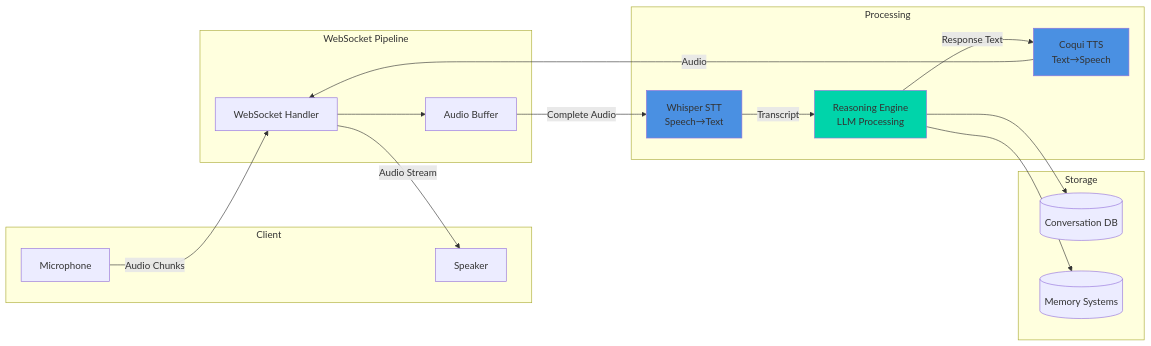
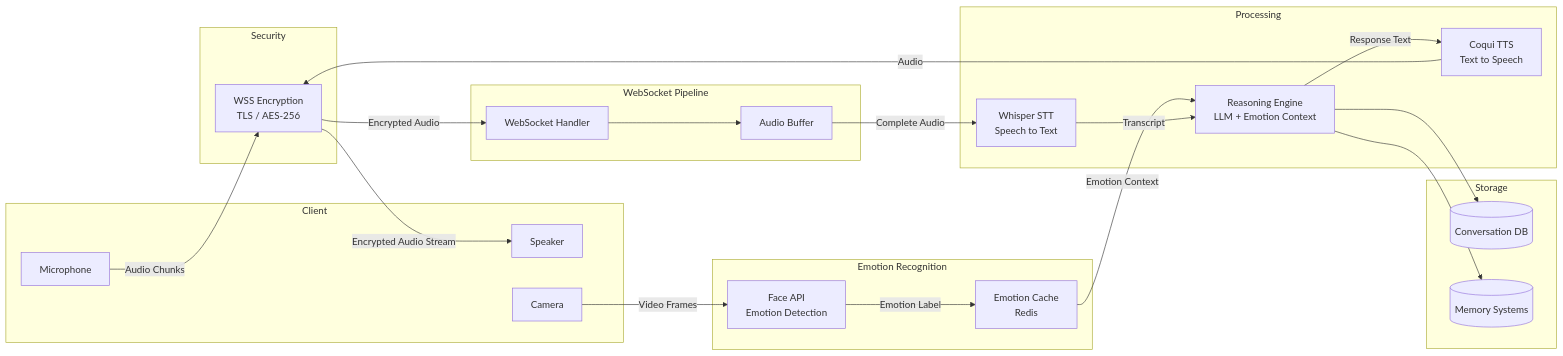
One commit to Shashwat-Akhilesh-Shukla/Cognitive-AI changed the sixth of 18 diagrams in RESEARCH.md. Above: the diagram before and after it, drawn with Mermaid. The commit also changed other lines of this file and 4 other files, not shown here.

````diff
--- a/RESEARCH.md
+++ b/RESEARCH.md
@@ -489,38 +510,49 @@
 ```mermaid
 graph LR
     subgraph "Client"
         MIC[Microphone]
         SPEAKER[Speaker]
+        CAMERA[Camera]
     end
-    
+
+    subgraph "Security"
+        WSS[WSS Encryption<br/>TLS / AES-256]
+    end
+
+    subgraph "Emotion Recognition"
+        FACE_API[Face API<br/>Emotion Detection]
+        EMOTION_CACHE[Emotion Cache<br/>Redis]
+    end
+
     subgraph "WebSocket Pipeline"
         WS[WebSocket Handler]
         BUFFER[Audio Buffer]
     end
-    
+
     subgraph "Processing"
-        STT[Whisper STT<br/>Speech→Text]
-        REASON[Reasoning Engine<br/>LLM Processing]
-        TTS[Coqui TTS<br/>Text→Speech]
+        STT[Whisper STT<br/>Speech to Text]
+        REASON[Reasoning Engine<br/>LLM + Emotion Context]
+        TTS[Coqui TTS<br/>Text to Speech]
     end
-    
+
     subgraph "Storage"
         CONV_STORE[(Conversation DB)]
         MEM_STORE[(Memory Systems)]
     end
-    
-    MIC -->|Audio Chunks| WS
+
+    CAMERA -->|Video Frames| FACE_API
+    FACE_API -->|Emotion Label| EMOTION_CACHE
+    EMOTION_CACHE -->|Emotion Context| REASON
+
+    MIC -->|Audio Chunks| WSS
+    WSS -->|Encrypted Audio| WS
     WS --> BUFFER
     BUFFER -->|Complete Audio| STT
     STT -->|Transcript| REASON
     REASON -->|Response Text| TTS
-    TTS -->|Audio| WS
-    WS -->|Audio Stream| SPEAKER
-    
+    TTS -->|Audio| WSS
+    WSS -->|Encrypted Audio Stream| SPEAKER
+
     REASON --> CONV_STORE
     REASON --> MEM_STORE
-    
-    style STT fill:#4a90e2
-    style TTS fill:#4a90e2
-    style REASON fill:#00d4aa
 ```
````
